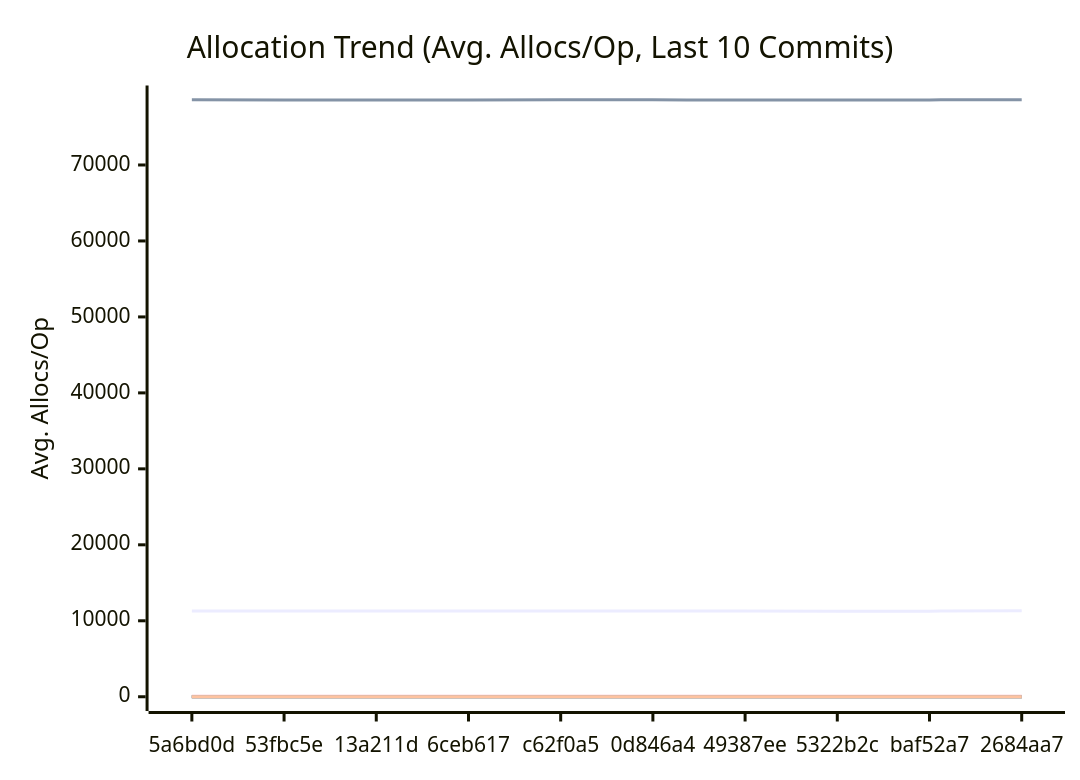
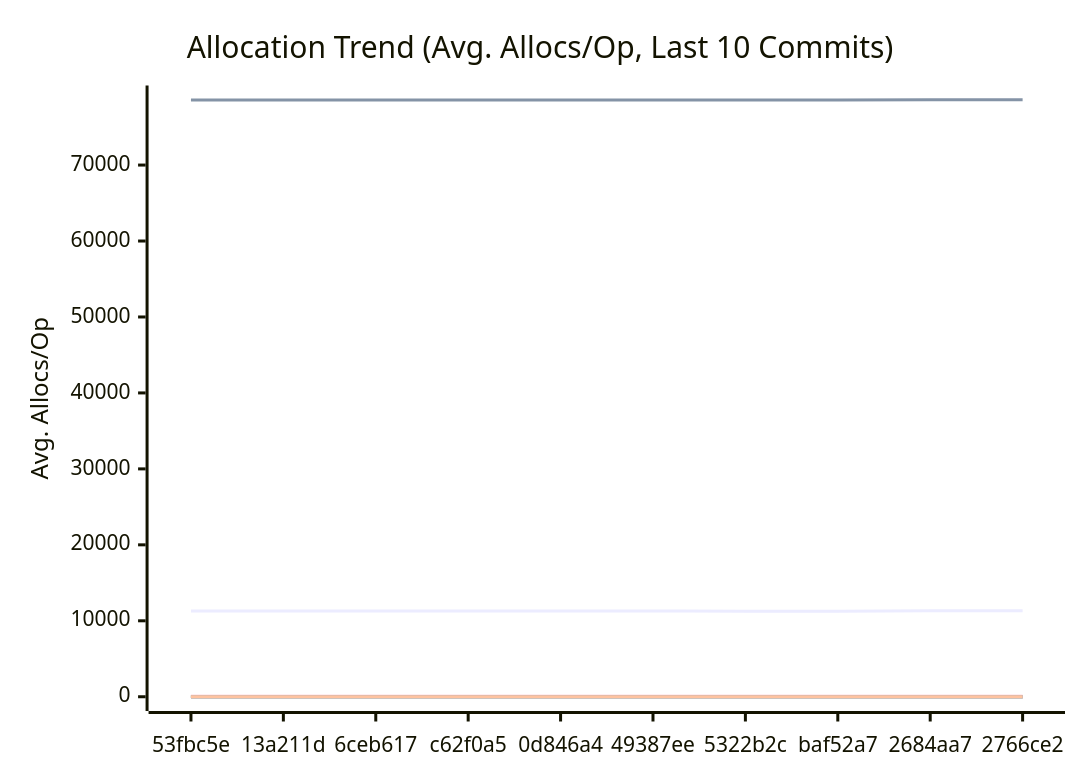
Before and after one commit to alsotoes/momo: the third of 3 diagrams in docs/PERFORMANCE.md, drawn with Mermaid. The commit also changed other lines of this file and 2 other files, not shown here.

````diff
--- a/docs/PERFORMANCE.md
+++ b/docs/PERFORMANCE.md
@@ -197,20 +197,20 @@
 ```mermaid
 xychart-beta
     title "Allocation Trend (Avg. Allocs/Op, Last 10 Commits)"
     x-axis "Commit"
     y-axis "Avg. Allocs/Op"
-    x-axis [5a6bd0d,53fbc5e,13a211d,6ceb617,c62f0a5,0d846a4,49387ee,5322b2c,baf52a7,2684aa7]
-    line "AWSChunkedReaderSigned" [11281,11276,11278,11291,11281,11297,11281,11264,11269,11322]
-    line "AWSChunkedReaderUnsigned" [78577,78568,78570,78564,78574,78571,78567,78568,78569,78587]
+    x-axis [53fbc5e,13a211d,6ceb617,c62f0a5,0d846a4,49387ee,5322b2c,baf52a7,2684aa7,2766ce2]
+    line "AWSChunkedReaderSigned" [11276,11278,11291,11281,11297,11281,11264,11269,11322,11314]
+    line "AWSChunkedReaderUnsigned" [78568,78570,78564,78574,78571,78567,78568,78569,78587,78599]
     line "CheckMetricsAndSwap" [0,0,0,0,0,0,0,0,0,0]
     line "CrushOptimized" [0,0,0,0,0,0,0,0,0,0]
     line "CrushOriginal" [3,3,3,3,3,3,3,3,3,3]
     line "IndexDirectTracking" [0,0,0,0,0,0,0,0,0,0]
     line "IndexSearch" [0,0,0,0,0,0,0,0,0,0]
     line "LoadGlobalConfig" [54,54,54,54,54,54,54,54,54,54]
     line "PadString" [1,1,1,1,1,1,1,1,1,1]
     line "ParseReplicationOrder_NoPrealloc" [6,6,6,6,6,5,5,5,5,5]
     line "ParseReplicationOrder_Prealloc" [2,2,2,2,2,1,1,1,1,1]
     line "SanitizeLog/Safe" [0,0,0,0,0,0,0,0,0,0]
     line "SanitizeLog/Unsafe" [1,1,1,1,1,1,1,1,1,1]
 ```
````
